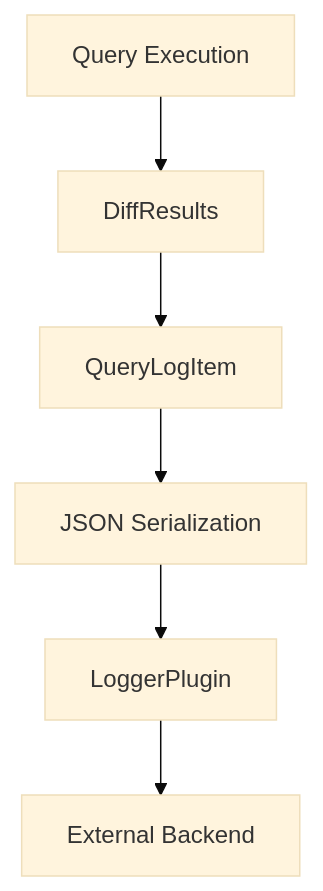
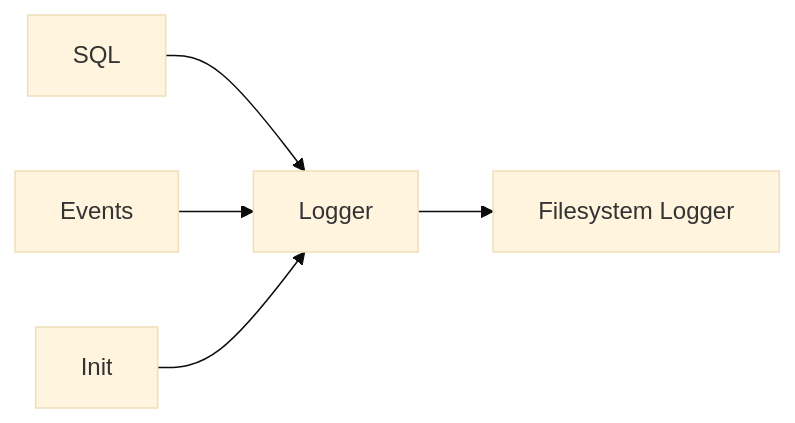
The fifth of 8 diagrams in docs/reference/architecture/README.md (flamingo-stack/osquery), drawn with Mermaid (base theme) before and after one commit. The commit also changed other lines of this file and 388 other files, not shown here.

````diff
--- a/docs/reference/architecture/README.md
+++ b/docs/reference/architecture/README.md
@@ -178,8 +189,7 @@
 ```mermaid
-flowchart TD
-    Exec["Query Execution"] --> Diff["DiffResults"]
-    Diff --> LogItem["QueryLogItem"]
-    LogItem --> Serialize["JSON Serialization"]
-    Serialize --> Logger["LoggerPlugin"]
-    Logger --> Sink["External Backend"]
+flowchart LR
+    SQL --> Logger
+    Events --> Logger
+    Init --> Logger
+    Logger --> Filesystem["Filesystem Logger"]
 ```
````
